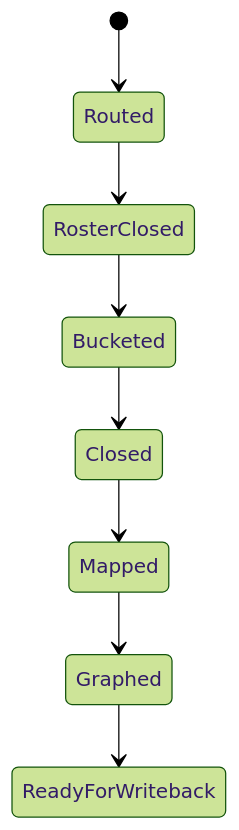
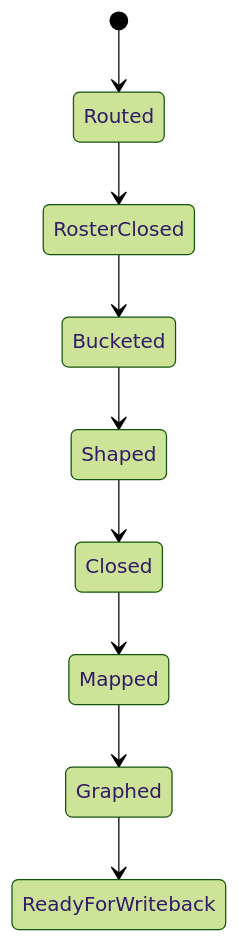
The second of 2 diagrams in .agents/skills/story/1-设定/角色卡/SKILL.md (ZEN-VOID/AI-CUT), drawn with Mermaid (forest theme) before and after one commit. The commit also changed other lines of this file and 439 other files, not shown here.

````diff
--- a/.agents/skills/story/1-设定/角色卡/SKILL.md
+++ b/.agents/skills/story/1-设定/角色卡/SKILL.md
@@ -87,10 +130,11 @@
 ```mermaid
 stateDiagram-v2
     [*] --> Routed
     Routed --> RosterClosed
     RosterClosed --> Bucketed
-    Bucketed --> Closed
+    Bucketed --> Shaped
+    Shaped --> Closed
     Closed --> Mapped
     Mapped --> Graphed
     Graphed --> ReadyForWriteback
 ```
````
